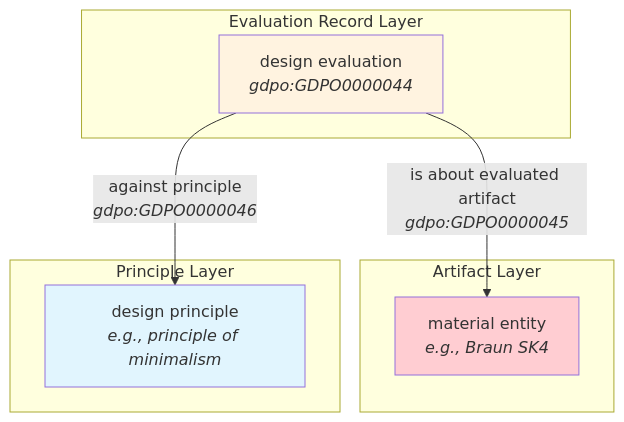
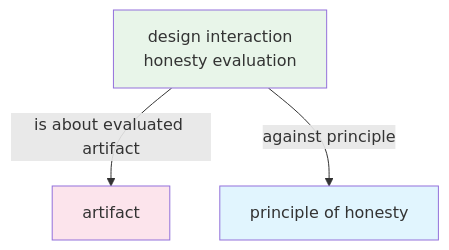
One commit to TimothyWColeman/GoodDesignPrinciplesOntology changed the seventh of 9 diagrams in docs/design-pattern-diagrams.md. Above: the diagram before and after it, drawn with Mermaid. The commit also changed other lines of this file and 12 other files, not shown here.

````diff
--- a/docs/design-pattern-diagrams.md
+++ b/docs/design-pattern-diagrams.md
@@ -149,21 +284,13 @@
 ```mermaid
 graph TB
-    subgraph "Evaluation Record Layer"
-        DE[design evaluation<br/><i>gdpo:GDPO0000044</i>]
-    end
+    IHE[design interaction<br/>honesty evaluation]
+    ART[artifact]
+    POH[principle of honesty]
     
-    subgraph "Artifact Layer"
-        ME[material entity<br/><i>e.g., Braun SK4</i>]
-    end
+    IHE -->|is about evaluated artifact| ART
+    IHE -->|against principle| POH
     
-    subgraph "Principle Layer"
-        DP[design principle<br/><i>e.g., principle of minimalism</i>]
-    end
-    
-    DE -->|is about evaluated artifact<br/><i>gdpo:GDPO0000045</i>| ME
-    DE -->|against principle<br/><i>gdpo:GDPO0000046</i>| DP
-    
-    style DE fill:#fff3e0
-    style ME fill:#ffcdd2
-    style DP fill:#e1f5fe
+    style IHE fill:#e8f5e9
+    style ART fill:#fce4ec
+    style POH fill:#e1f5fe
 ```
````
